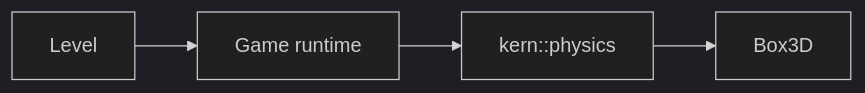
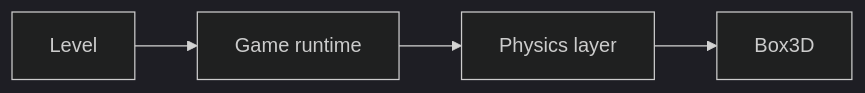
The diagram in kern/docs/book-yellow/06-physics.md (ChristianHohlfeld/kernengine.de), drawn with Mermaid (dark theme) before and after one commit. The commit also changed other lines of this file and 22 other files, not shown here.

````diff
--- a/kern/docs/book-yellow/06-physics.md
+++ b/kern/docs/book-yellow/06-physics.md
@@ -23,6 +50,7 @@
 ```mermaid
+%% Caption: The only way to Box3D leads through the physics layer
 flowchart LR
   L["Level"] --> R["Game runtime"]
-  R --> P["kern::physics"]
+  R --> P["Physics layer"]
   P --> B["Box3D"]
 ```
````
